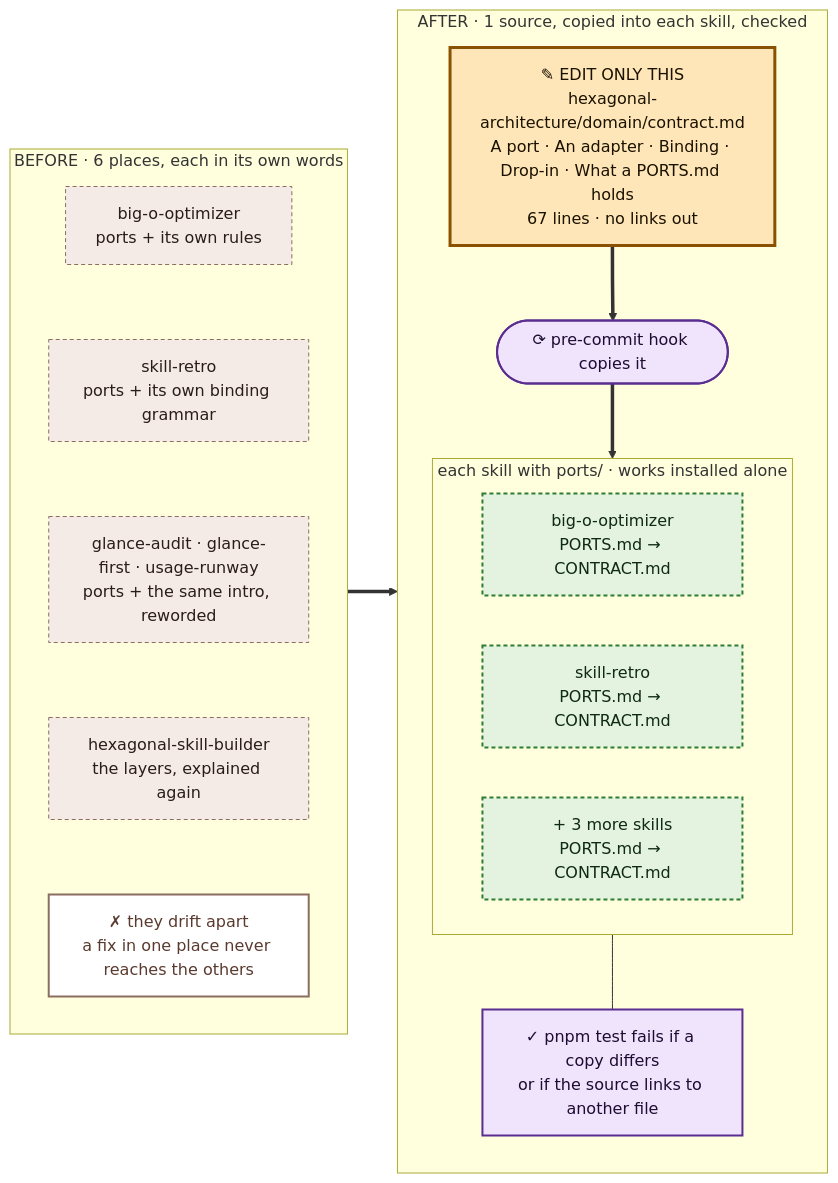
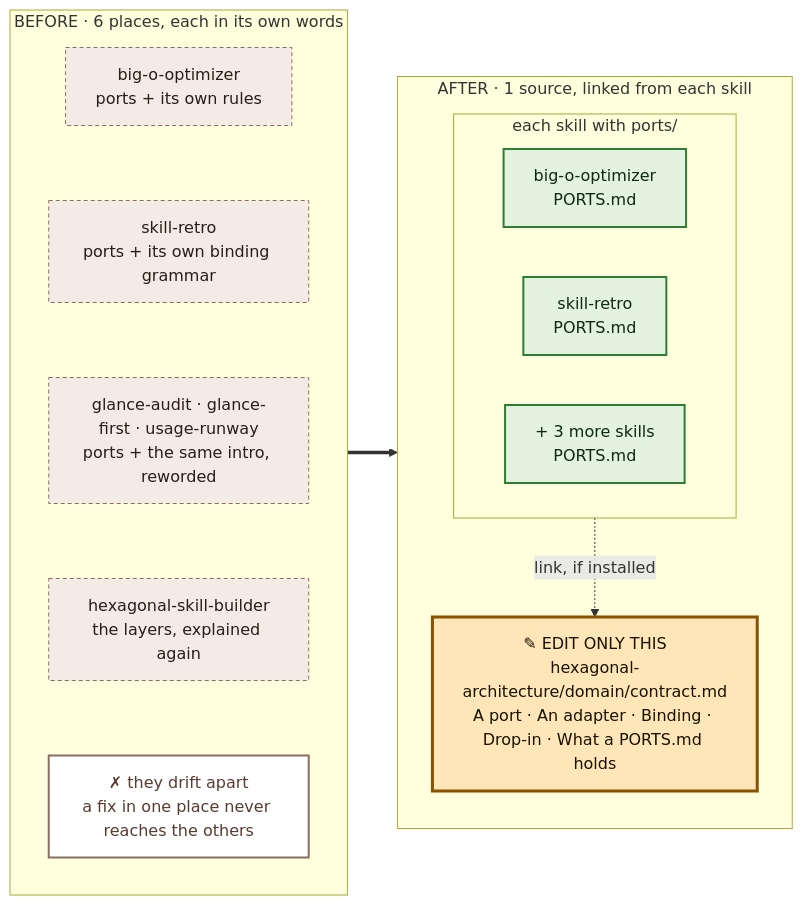
One commit to arnaud-zg/skills changed the diagram in plugins/arnaud-zg/docs/hexagonal-architecture/explanation.md. Above: the diagram before and after it, drawn with Mermaid. The commit also changed other lines of this file and 16 other files, not shown here.

First line of the commit message:
refactor(skills): link the port contract instead of copying it into each skill (#66)

````diff
--- a/plugins/arnaud-zg/docs/hexagonal-architecture/explanation.md
+++ b/plugins/arnaud-zg/docs/hexagonal-architecture/explanation.md
@@ -35,35 +35,31 @@
 ```mermaid
 flowchart LR
   classDef old fill:#f4ebe7,stroke:#8c6d62,stroke-width:1px,stroke-dasharray:4 3,color:#2a1d18
   classDef bad fill:#ffffff,stroke:#8c6d62,stroke-width:2px,color:#5a3a2f
   classDef src fill:#ffe6b8,stroke:#8a5200,stroke-width:3px,color:#1a1200
-  classDef hook fill:#efe4fb,stroke:#5a2d91,stroke-width:2px,color:#1f0b33
-  classDef copy fill:#e3f3df,stroke:#2f7d32,stroke-width:2px,stroke-dasharray:4 3,color:#0f2a10
+  classDef copy fill:#e3f3df,stroke:#2f7d32,stroke-width:2px,color:#0f2a10
 
   subgraph BEFORE["BEFORE · 6 places, each in its own words"]
     direction TB
     b1["big-o-optimizer<br/>ports + its own rules"]:::old
     b2["skill-retro<br/>ports + its own binding grammar"]:::old
     b3["glance-audit · glance-first · usage-runway<br/>ports + the same intro, reworded"]:::old
     b4["hexagonal-skill-builder<br/>the layers, explained again"]:::old
     drift["✗ they drift apart<br/>a fix in one place never reaches the others"]:::bad
     b1 ~~~ b2 ~~~ b3 ~~~ b4 ~~~ drift
   end
 
-  subgraph AFTER["AFTER · 1 source, copied into each skill, checked"]
+  subgraph AFTER["AFTER · 1 source, linked from each skill"]
     direction TB
-    src["✎ EDIT ONLY THIS<br/>hexagonal-architecture/domain/contract.md<br/>A port · An adapter · Binding · Drop-in · What a PORTS.md holds<br/>67 lines · no links out"]:::src
-    hook(["⟳ pre-commit hook copies it"]):::hook
-    subgraph SKILLS["each skill with ports/ · works installed alone"]
+    src["✎ EDIT ONLY THIS<br/>hexagonal-architecture/domain/contract.md<br/>A port · An adapter · Binding · Drop-in · What a PORTS.md holds"]:::src
+    subgraph SKILLS["each skill with ports/"]
       direction LR
-      s1["big-o-optimizer<br/>PORTS.md → CONTRACT.md"]:::copy
-      s2["skill-retro<br/>PORTS.md → CONTRACT.md"]:::copy
-      s3["+ 3 more skills<br/>PORTS.md → CONTRACT.md"]:::copy
+      s1["big-o-optimizer<br/>PORTS.md"]:::copy
+      s2["skill-retro<br/>PORTS.md"]:::copy
+      s3["+ 3 more skills<br/>PORTS.md"]:::copy
     end
-    guard["✓ pnpm test fails if a copy differs<br/>or if the source links to another file"]:::hook
-    src ==> hook ==> SKILLS
-    SKILLS --- guard
+    SKILLS -. "link, if installed" .-> src
   end
 
   BEFORE ==> AFTER
 ```
````
